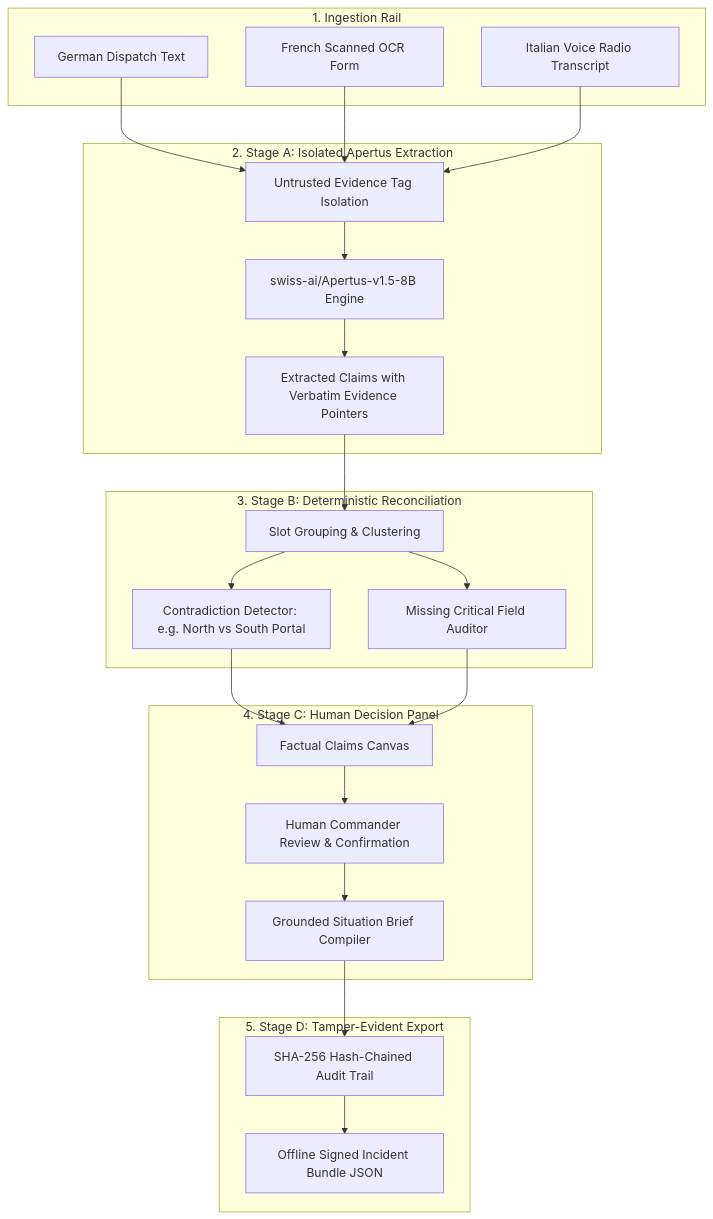
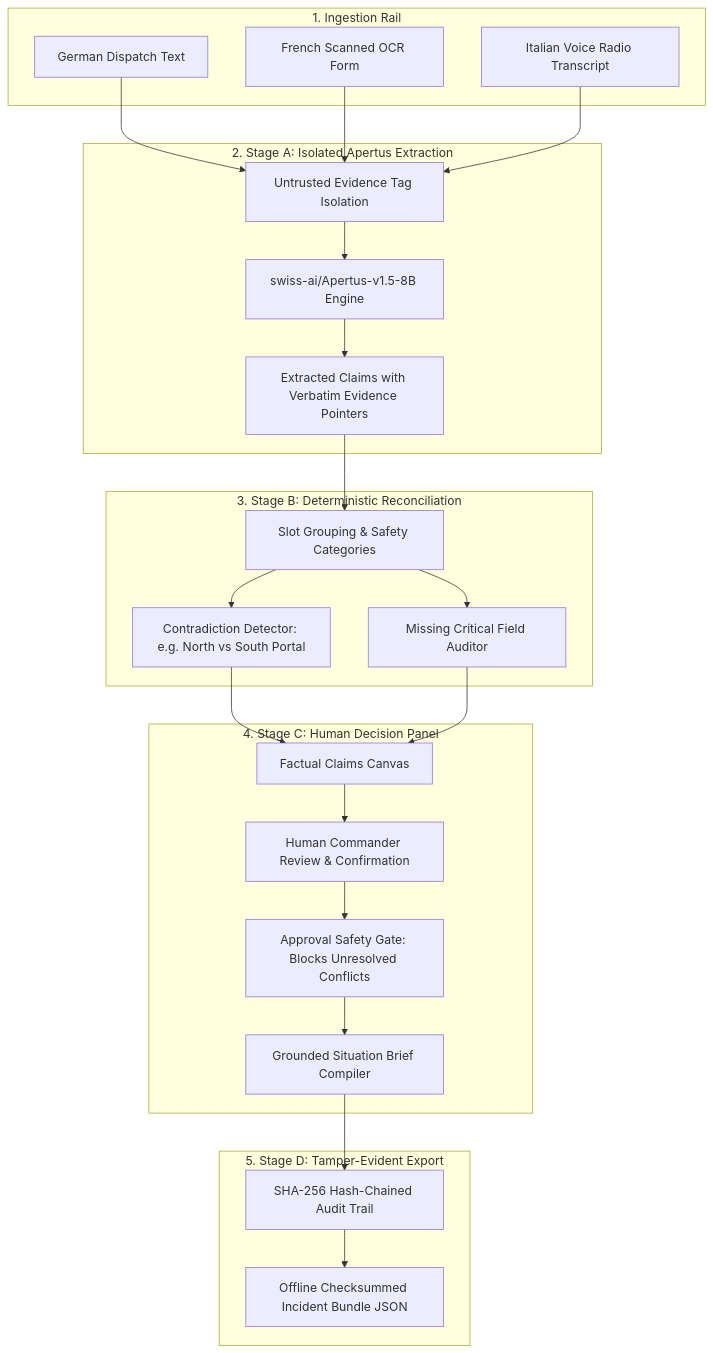
One commit to abhijeetnardele24-hash/relayzero changed the diagram in README.md. Above: the diagram before and after it, drawn with Mermaid. The commit also changed other lines of this file and 11 other files, not shown here.

````diff
--- a/README.md
+++ b/README.md
@@ -43,46 +43,48 @@
 ```mermaid
 graph TD
     subgraph 1. Ingestion Rail
         R1[German Dispatch Text]
         R2[French Scanned OCR Form]
         R3[Italian Voice Radio Transcript]
     end
 
     subgraph 2. Stage A: Isolated Apertus Extraction
         Wrap[Untrusted Evidence Tag Isolation]
         Apertus[swiss-ai/Apertus-v1.5-8B Engine]
         Claims[Extracted Claims with Verbatim Evidence Pointers]
     end
 
     subgraph 3. Stage B: Deterministic Reconciliation
-        Clusters[Slot Grouping & Clustering]
+        Clusters[Slot Grouping & Safety Categories]
         Conflict[Contradiction Detector: e.g. North vs South Portal]
         Missing[Missing Critical Field Auditor]
     end
 
     subgraph 4. Stage C: Human Decision Panel
         Canvas[Factual Claims Canvas]
         Operator[Human Commander Review & Confirmation]
+        SafetyGate[Approval Safety Gate: Blocks Unresolved Conflicts]
         Brief[Grounded Situation Brief Compiler]
     end
 
     subgraph 5. Stage D: Tamper-Evident Export
         Audit[SHA-256 Hash-Chained Audit Trail]
-        Bundle[Offline Signed Incident Bundle JSON]
+        Bundle[Offline Checksummed Incident Bundle JSON]
     end
 
     R1 --> Wrap
     R2 --> Wrap
     R3 --> Wrap
     Wrap --> Apertus
     Apertus --> Claims
     Claims --> Clusters
     Clusters --> Conflict
     Clusters --> Missing
     Conflict --> Canvas
     Missing --> Canvas
     Canvas --> Operator
-    Operator --> Brief
+    Operator --> SafetyGate
+    SafetyGate --> Brief
     Brief --> Audit
     Audit --> Bundle
 ```
````
